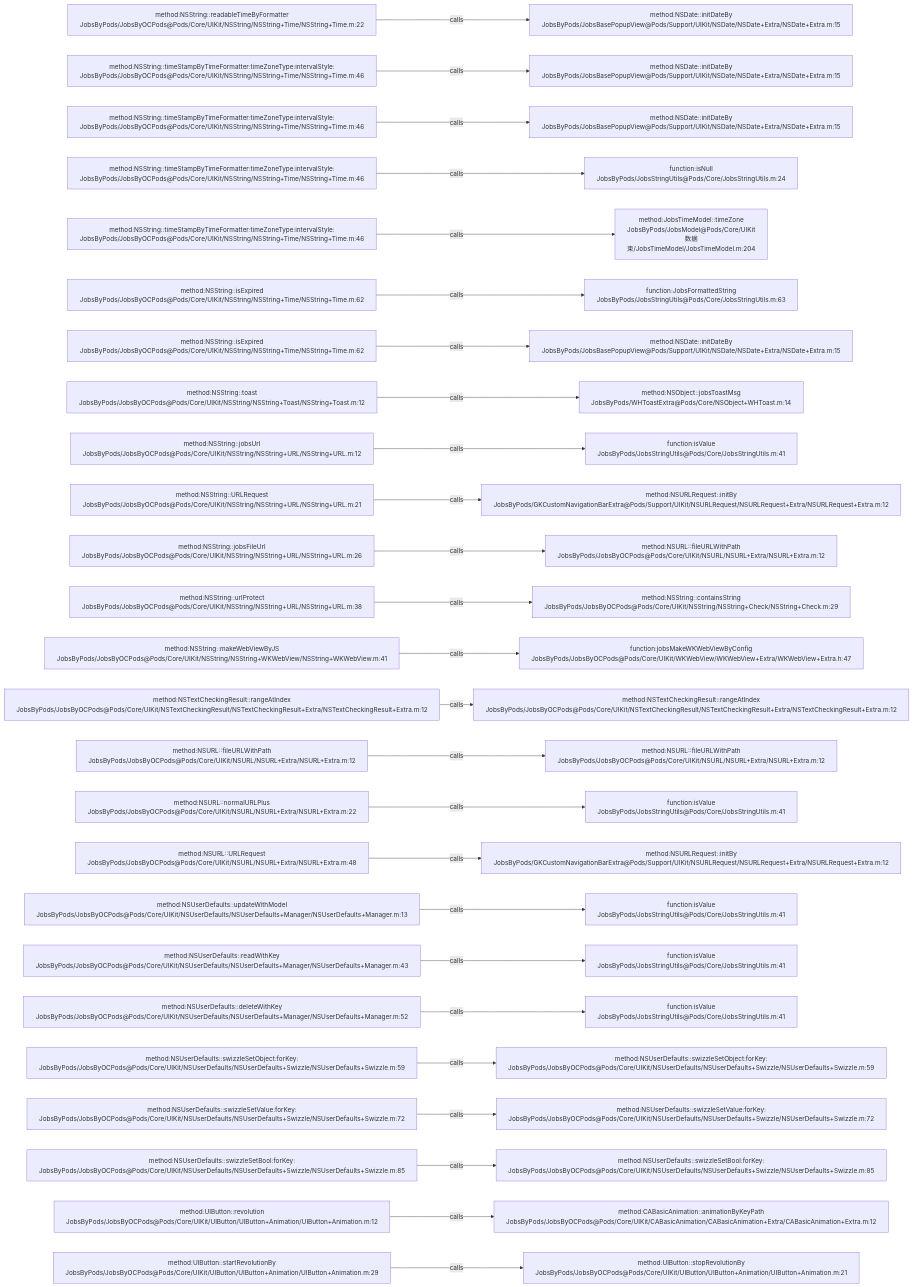
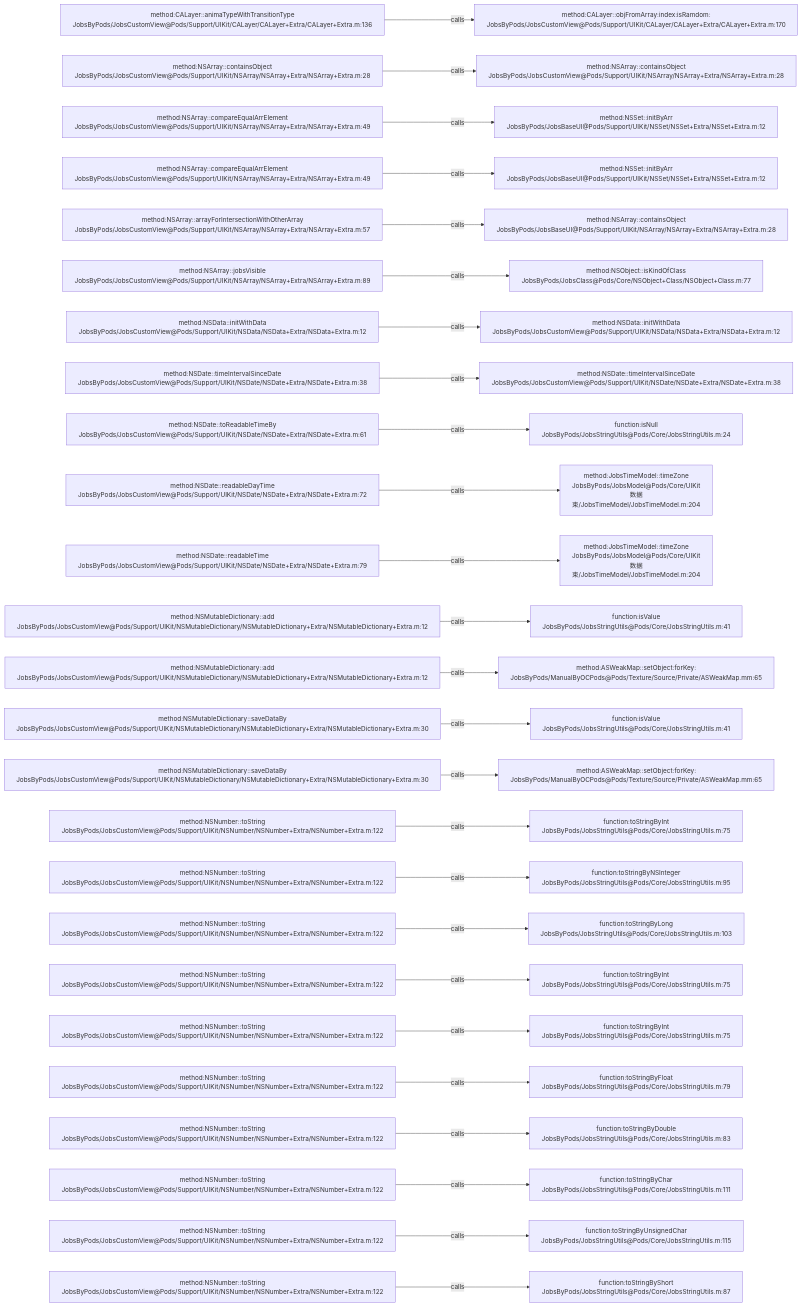
One commit to JobsKits/JobsOCBaseConfigDemo changed the diagram in .codegraph/codegraph.md/graphs/calls-055.md. Above: the diagram before and after it, drawn with Mermaid. The commit also changed 573 other files, not shown here.

````diff
--- a/.codegraph/codegraph.md/graphs/calls-055.md
+++ b/.codegraph/codegraph.md/graphs/calls-055.md
@@ -13,78 +13,78 @@
 ```mermaid
 flowchart LR
-  S1["method:NSString::readableTimeByFormatter<br/>JobsByPods/JobsByOCPods@Pods/Core/UIKit/NSString/NSString+Time/NSString+Time.m:22"]
-  T1["method:NSDate::initDateBy<br/>JobsByPods/JobsBasePopupView@Pods/Support/UIKit/NSDate/NSDate+Extra/NSDate+Extra.m:15"]
+  S1["method:CALayer::animaTypeWithTransitionType<br/>JobsByPods/JobsCustomView@Pods/Support/UIKit/CALayer/CALayer+Extra/CALayer+Extra.m:136"]
+  T1["method:CALayer::objFromArray:index:isRamdom:<br/>JobsByPods/JobsCustomView@Pods/Support/UIKit/CALayer/CALayer+Extra/CALayer+Extra.m:170"]
   S1 -->|calls| T1
-  S2["method:NSString::timeStampByTimeFormatter:timeZoneType:intervalStyle:<br/>JobsByPods/JobsByOCPods@Pods/Core/UIKit/NSString/NSString+Time/NSString+Time.m:46"]
-  T2["method:NSDate::initDateBy<br/>JobsByPods/JobsBasePopupView@Pods/Support/UIKit/NSDate/NSDate+Extra/NSDate+Extra.m:15"]
+  S2["method:NSArray::containsObject<br/>JobsByPods/JobsCustomView@Pods/Support/UIKit/NSArray/NSArray+Extra/NSArray+Extra.m:28"]
+  T2["method:NSArray::containsObject<br/>JobsByPods/JobsCustomView@Pods/Support/UIKit/NSArray/NSArray+Extra/NSArray+Extra.m:28"]
   S2 -->|calls| T2
-  S3["method:NSString::timeStampByTimeFormatter:timeZoneType:intervalStyle:<br/>JobsByPods/JobsByOCPods@Pods/Core/UIKit/NSString/NSString+Time/NSString+Time.m:46"]
-  T3["method:NSDate::initDateBy<br/>JobsByPods/JobsBasePopupView@Pods/Support/UIKit/NSDate/NSDate+Extra/NSDate+Extra.m:15"]
+  S3["method:NSArray::compareEqualArrElement<br/>JobsByPods/JobsCustomView@Pods/Support/UIKit/NSArray/NSArray+Extra/NSArray+Extra.m:49"]
+  T3["method:NSSet::initByArr<br/>JobsByPods/JobsBaseUI@Pods/Support/UIKit/NSSet/NSSet+Extra/NSSet+Extra.m:12"]
   S3 -->|calls| T3
-  S4["method:NSString::timeStampByTimeFormatter:timeZoneType:intervalStyle:<br/>JobsByPods/JobsByOCPods@Pods/Core/UIKit/NSString/NSString+Time/NSString+Time.m:46"]
-  T4["function:isNull<br/>JobsByPods/JobsStringUtils@Pods/Core/JobsStringUtils.m:24"]
+  S4["method:NSArray::compareEqualArrElement<br/>JobsByPods/JobsCustomView@Pods/Support/UIKit/NSArray/NSArray+Extra/NSArray+Extra.m:49"]
+  T4["method:NSSet::initByArr<br/>JobsByPods/JobsBaseUI@Pods/Support/UIKit/NSSet/NSSet+Extra/NSSet+Extra.m:12"]
   S4 -->|calls| T4
-  S5["method:NSString::timeStampByTimeFormatter:timeZoneType:intervalStyle:<br/>JobsByPods/JobsByOCPods@Pods/Core/UIKit/NSString/NSString+Time/NSString+Time.m:46"]
-  T5["method:JobsTimeModel::timeZone<br/>JobsByPods/JobsModel@Pods/Core/UIKit数据束/JobsTimeModel/JobsTimeModel.m:204"]
+  S5["method:NSArray::arrayForIntersectionWithOtherArray<br/>JobsByPods/JobsCustomView@Pods/Support/UIKit/NSArray/NSArray+Extra/NSArray+Extra.m:57"]
+  T5["method:NSArray::containsObject<br/>JobsByPods/JobsBaseUI@Pods/Support/UIKit/NSArray/NSArray+Extra/NSArray+Extra.m:28"]
   S5 -->|calls| T5
-  S6["method:NSString::isExpired<br/>JobsByPods/JobsByOCPods@Pods/Core/UIKit/NSString/NSString+Time/NSString+Time.m:62"]
-  T6["function:JobsFormattedString<br/>JobsByPods/JobsStringUtils@Pods/Core/JobsStringUtils.m:63"]
+  S6["method:NSArray::jobsVisible<br/>JobsByPods/JobsCustomView@Pods/Support/UIKit/NSArray/NSArray+Extra/NSArray+Extra.m:89"]
+  T6["method:NSObject::isKindOfClass<br/>JobsByPods/JobsClass@Pods/Core/NSObject+Class/NSObject+Class.m:77"]
   S6 -->|calls| T6
-  S7["method:NSString::isExpired<br/>JobsByPods/JobsByOCPods@Pods/Core/UIKit/NSString/NSString+Time/NSString+Time.m:62"]
-  T7["method:NSDate::initDateBy<br/>JobsByPods/JobsBasePopupView@Pods/Support/UIKit/NSDate/NSDate+Extra/NSDate+Extra.m:15"]
+  S7["method:NSData::initWithData<br/>JobsByPods/JobsCustomView@Pods/Support/UIKit/NSData/NSData+Extra/NSData+Extra.m:12"]
+  T7["method:NSData::initWithData<br/>JobsByPods/JobsCustomView@Pods/Support/UIKit/NSData/NSData+Extra/NSData+Extra.m:12"]
   S7 -->|calls| T7
-  S8["method:NSString::toast<br/>JobsByPods/JobsByOCPods@Pods/Core/UIKit/NSString/NSString+Toast/NSString+Toast.m:12"]
-  T8["method:NSObject::jobsToastMsg<br/>JobsByPods/WHToastExtra@Pods/Core/NSObject+WHToast.m:14"]
+  S8["method:NSDate::timeIntervalSinceDate<br/>JobsByPods/JobsCustomView@Pods/Support/UIKit/NSDate/NSDate+Extra/NSDate+Extra.m:38"]
+  T8["method:NSDate::timeIntervalSinceDate<br/>JobsByPods/JobsCustomView@Pods/Support/UIKit/NSDate/NSDate+Extra/NSDate+Extra.m:38"]
   S8 -->|calls| T8
-  S9["method:NSString::jobsUrl<br/>JobsByPods/JobsByOCPods@Pods/Core/UIKit/NSString/NSString+URL/NSString+URL.m:12"]
-  T9["function:isValue<br/>JobsByPods/JobsStringUtils@Pods/Core/JobsStringUtils.m:41"]
+  S9["method:NSDate::toReadableTimeBy<br/>JobsByPods/JobsCustomView@Pods/Support/UIKit/NSDate/NSDate+Extra/NSDate+Extra.m:61"]
+  T9["function:isNull<br/>JobsByPods/JobsStringUtils@Pods/Core/JobsStringUtils.m:24"]
   S9 -->|calls| T9
-  S10["method:NSString::URLRequest<br/>JobsByPods/JobsByOCPods@Pods/Core/UIKit/NSString/NSString+URL/NSString+URL.m:21"]
-  T10["method:NSURLRequest::initBy<br/>JobsByPods/GKCustomNavigationBarExtra@Pods/Support/UIKit/NSURLRequest/NSURLRequest+Extra/NSURLRequest+Extra.m:12"]
+  S10["method:NSDate::readableDayTime<br/>JobsByPods/JobsCustomView@Pods/Support/UIKit/NSDate/NSDate+Extra/NSDate+Extra.m:72"]
+  T10["method:JobsTimeModel::timeZone<br/>JobsByPods/JobsModel@Pods/Core/UIKit数据束/JobsTimeModel/JobsTimeModel.m:204"]
   S10 -->|calls| T10
-  S11["method:NSString::jobsFileUrl<br/>JobsByPods/JobsByOCPods@Pods/Core/UIKit/NSString/NSString+URL/NSString+URL.m:26"]
-  T11["method:NSURL::fileURLWithPath<br/>JobsByPods/JobsByOCPods@Pods/Core/UIKit/NSURL/NSURL+Extra/NSURL+Extra.m:12"]
+  S11["method:NSDate::readableTime<br/>JobsByPods/JobsCustomView@Pods/Support/UIKit/NSDate/NSDate+Extra/NSDate+Extra.m:79"]
+  T11["method:JobsTimeModel::timeZone<br/>JobsByPods/JobsModel@Pods/Core/UIKit数据束/JobsTimeModel/JobsTimeModel.m:204"]
   S11 -->|calls| T11
-  S12["method:NSString::urlProtect<br/>JobsByPods/JobsByOCPods@Pods/Core/UIKit/NSString/NSString+URL/NSString+URL.m:38"]
-  T12["method:NSString::containsString<br/>JobsByPods/JobsByOCPods@Pods/Core/UIKit/NSString/NSString+Check/NSString+Check.m:29"]
+  S12["method:NSMutableDictionary::add<br/>JobsByPods/JobsCustomView@Pods/Support/UIKit/NSMutableDictionary/NSMutableDictionary+Extra/NSMutableDictionary+Extra.m:12"]
+  T12["function:isValue<br/>JobsByPods/JobsStringUtils@Pods/Core/JobsStringUtils.m:41"]
   S12 -->|calls| T12
-  S13["method:NSString::makeWebViewByJS<br/>JobsByPods/JobsByOCPods@Pods/Core/UIKit/NSString/NSString+WKWebView/NSString+WKWebView.m:41"]
-  T13["function:jobsMakeWKWebViewByConfig<br/>JobsByPods/JobsByOCPods@Pods/Core/UIKit/WKWebView/WKWebView+Extra/WKWebView+Extra.h:47"]
+  S13["method:NSMutableDictionary::add<br/>JobsByPods/JobsCustomView@Pods/Support/UIKit/NSMutableDictionary/NSMutableDictionary+Extra/NSMutableDictionary+Extra.m:12"]
+  T13["method:ASWeakMap::setObject:forKey:<br/>JobsByPods/ManualByOCPods@Pods/Texture/Source/Private/ASWeakMap.mm:65"]
   S13 -->|calls| T13
-  S14["method:NSTextCheckingResult::rangeAtIndex<br/>JobsByPods/JobsByOCPods@Pods/Core/UIKit/NSTextCheckingResult/NSTextCheckingResult+Extra/NSTextCheckingResult+Extra.m:12"]
-  T14["method:NSTextCheckingResult::rangeAtIndex<br/>JobsByPods/JobsByOCPods@Pods/Core/UIKit/NSTextCheckingResult/NSTextCheckingResult+Extra/NSTextCheckingResult+Extra.m:12"]
+  S14["method:NSMutableDictionary::saveDataBy<br/>JobsByPods/JobsCustomView@Pods/Support/UIKit/NSMutableDictionary/NSMutableDictionary+Extra/NSMutableDictionary+Extra.m:30"]
+  T14["function:isValue<br/>JobsByPods/JobsStringUtils@Pods/Core/JobsStringUtils.m:41"]
   S14 -->|calls| T14
-  S15["method:NSURL::fileURLWithPath<br/>JobsByPods/JobsByOCPods@Pods/Core/UIKit/NSURL/NSURL+Extra/NSURL+Extra.m:12"]
-  T15["method:NSURL::fileURLWithPath<br/>JobsByPods/JobsByOCPods@Pods/Core/UIKit/NSURL/NSURL+Extra/NSURL+Extra.m:12"]
+  S15["method:NSMutableDictionary::saveDataBy<br/>JobsByPods/JobsCustomView@Pods/Support/UIKit/NSMutableDictionary/NSMutableDictionary+Extra/NSMutableDictionary+Extra.m:30"]
+  T15["method:ASWeakMap::setObject:forKey:<br/>JobsByPods/ManualByOCPods@Pods/Texture/Source/Private/ASWeakMap.mm:65"]
   S15 -->|calls| T15
-  S16["method:NSURL::normalURLPlus<br/>JobsByPods/JobsByOCPods@Pods/Core/UIKit/NSURL/NSURL+Extra/NSURL+Extra.m:22"]
-  T16["function:isValue<br/>JobsByPods/JobsStringUtils@Pods/Core/JobsStringUtils.m:41"]
+  S16["method:NSNumber::toString<br/>JobsByPods/JobsCustomView@Pods/Support/UIKit/NSNumber/NSNumber+Extra/NSNumber+Extra.m:122"]
+  T16["function:toStringByInt<br/>JobsByPods/JobsStringUtils@Pods/Core/JobsStringUtils.m:75"]
   S16 -->|calls| T16
-  S17["method:NSURL::URLRequest<br/>JobsByPods/JobsByOCPods@Pods/Core/UIKit/NSURL/NSURL+Extra/NSURL+Extra.m:48"]
-  T17["method:NSURLRequest::initBy<br/>JobsByPods/GKCustomNavigationBarExtra@Pods/Support/UIKit/NSURLRequest/NSURLRequest+Extra/NSURLRequest+Extra.m:12"]
+  S17["method:NSNumber::toString<br/>JobsByPods/JobsCustomView@Pods/Support/UIKit/NSNumber/NSNumber+Extra/NSNumber+Extra.m:122"]
+  T17["function:toStringByNSInteger<br/>JobsByPods/JobsStringUtils@Pods/Core/JobsStringUtils.m:95"]
   S17 -->|calls| T17
-  S18["method:NSUserDefaults::updateWithModel<br/>JobsByPods/JobsByOCPods@Pods/Core/UIKit/NSUserDefaults/NSUserDefaults+Manager/NSUserDefaults+Manager.m:13"]
-  T18["function:isValue<br/>JobsByPods/JobsStringUtils@Pods/Core/JobsStringUtils.m:41"]
+  S18["method:NSNumber::toString<br/>JobsByPods/JobsCustomView@Pods/Support/UIKit/NSNumber/NSNumber+Extra/NSNumber+Extra.m:122"]
+  T18["function:toStringByLong<br/>JobsByPods/JobsStringUtils@Pods/Core/JobsStringUtils.m:103"]
   S18 -->|calls| T18
-  S19["method:NSUserDefaults::readWithKey<br/>JobsByPods/JobsByOCPods@Pods/Core/UIKit/NSUserDefaults/NSUserDefaults+Manager/NSUserDefaults+Manager.m:43"]
-  T19["function:isValue<br/>JobsByPods/JobsStringUtils@Pods/Core/JobsStringUtils.m:41"]
+  S19["method:NSNumber::toString<br/>JobsByPods/JobsCustomView@Pods/Support/UIKit/NSNumber/NSNumber+Extra/NSNumber+Extra.m:122"]
+  T19["function:toStringByInt<br/>JobsByPods/JobsStringUtils@Pods/Core/JobsStringUtils.m:75"]
   S19 -->|calls| T19
-  S20["method:NSUserDefaults::deleteWithKey<br/>JobsByPods/JobsByOCPods@Pods/Core/UIKit/NSUserDefaults/NSUserDefaults+Manager/NSUserDefaults+Manager.m:52"]
-  T20["function:isValue<br/>JobsByPods/JobsStringUtils@Pods/Core/JobsStringUtils.m:41"]
+  S20["method:NSNumber::toString<br/>JobsByPods/JobsCustomView@Pods/Support/UIKit/NSNumber/NSNumber+Extra/NSNumber+Extra.m:122"]
+  T20["function:toStringByInt<br/>JobsByPods/JobsStringUtils@Pods/Core/JobsStringUtils.m:75"]
   S20 -->|calls| T20
-  S21["method:NSUserDefaults::swizzleSetObject:forKey:<br/>JobsByPods/JobsByOCPods@Pods/Core/UIKit/NSUserDefaults/NSUserDefaults+Swizzle/NSUserDefaults+Swizzle.m:59"]
-  T21["method:NSUserDefaults::swizzleSetObject:forKey:<br/>JobsByPods/JobsByOCPods@Pods/Core/UIKit/NSUserDefaults/NSUserDefaults+Swizzle/NSUserDefaults+Swizzle.m:59"]
+  S21["method:NSNumber::toString<br/>JobsByPods/JobsCustomView@Pods/Support/UIKit/NSNumber/NSNumber+Extra/NSNumber+Extra.m:122"]
+  T21["function:toStringByFloat<br/>JobsByPods/JobsStringUtils@Pods/Core/JobsStringUtils.m:79"]
   S21 -->|calls| T21
-  S22["method:NSUserDefaults::swizzleSetValue:forKey:<br/>JobsByPods/JobsByOCPods@Pods/Core/UIKit/NSUserDefaults/NSUserDefaults+Swizzle/NSUserDefaults+Swizzle.m:72"]
-  T22["method:NSUserDefaults::swizzleSetValue:forKey:<br/>JobsByPods/JobsByOCPods@Pods/Core/UIKit/NSUserDefaults/NSUserDefaults+Swizzle/NSUserDefaults+Swizzle.m:72"]
+  S22["method:NSNumber::toString<br/>JobsByPods/JobsCustomView@Pods/Support/UIKit/NSNumber/NSNumber+Extra/NSNumber+Extra.m:122"]
+  T22["function:toStringByDouble<br/>JobsByPods/JobsStringUtils@Pods/Core/JobsStringUtils.m:83"]
   S22 -->|calls| T22
-  S23["method:NSUserDefaults::swizzleSetBool:forKey:<br/>JobsByPods/JobsByOCPods@Pods/Core/UIKit/NSUserDefaults/NSUserDefaults+Swizzle/NSUserDefaults+Swizzle.m:85"]
-  T23["method:NSUserDefaults::swizzleSetBool:forKey:<br/>JobsByPods/JobsByOCPods@Pods/Core/UIKit/NSUserDefaults/NSUserDefaults+Swizzle/NSUserDefaults+Swizzle.m:85"]
+  S23["method:NSNumber::toString<br/>JobsByPods/JobsCustomView@Pods/Support/UIKit/NSNumber/NSNumber+Extra/NSNumber+Extra.m:122"]
+  T23["function:toStringByChar<br/>JobsByPods/JobsStringUtils@Pods/Core/JobsStringUtils.m:111"]
   S23 -->|calls| T23
-  S24["method:UIButton::revolution<br/>JobsByPods/JobsByOCPods@Pods/Core/UIKit/UIButton/UIButton+Animation/UIButton+Animation.m:12"]
-  T24["method:CABasicAnimation::animationByKeyPath<br/>JobsByPods/JobsByOCPods@Pods/Core/UIKit/CABasicAnimation/CABasicAnimation+Extra/CABasicAnimation+Extra.m:12"]
+  S24["method:NSNumber::toString<br/>JobsByPods/JobsCustomView@Pods/Support/UIKit/NSNumber/NSNumber+Extra/NSNumber+Extra.m:122"]
+  T24["function:toStringByUnsignedChar<br/>JobsByPods/JobsStringUtils@Pods/Core/JobsStringUtils.m:115"]
   S24 -->|calls| T24
-  S25["method:UIButton::startRevolutionBy<br/>JobsByPods/JobsByOCPods@Pods/Core/UIKit/UIButton/UIButton+Animation/UIButton+Animation.m:29"]
-  T25["method:UIButton::stopRevolutionBy<br/>JobsByPods/JobsByOCPods@Pods/Core/UIKit/UIButton/UIButton+Animation/UIButton+Animation.m:21"]
+  S25["method:NSNumber::toString<br/>JobsByPods/JobsCustomView@Pods/Support/UIKit/NSNumber/NSNumber+Extra/NSNumber+Extra.m:122"]
+  T25["function:toStringByShort<br/>JobsByPods/JobsStringUtils@Pods/Core/JobsStringUtils.m:87"]
   S25 -->|calls| T25
 ```
````
